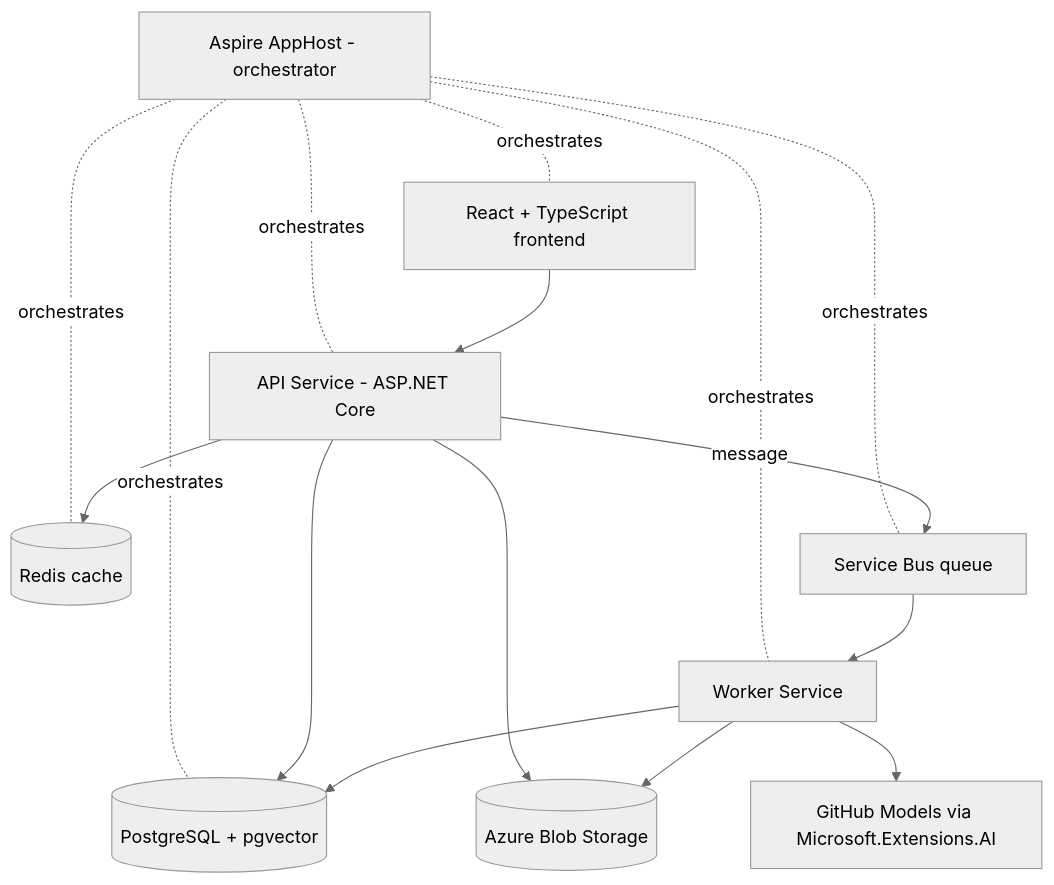
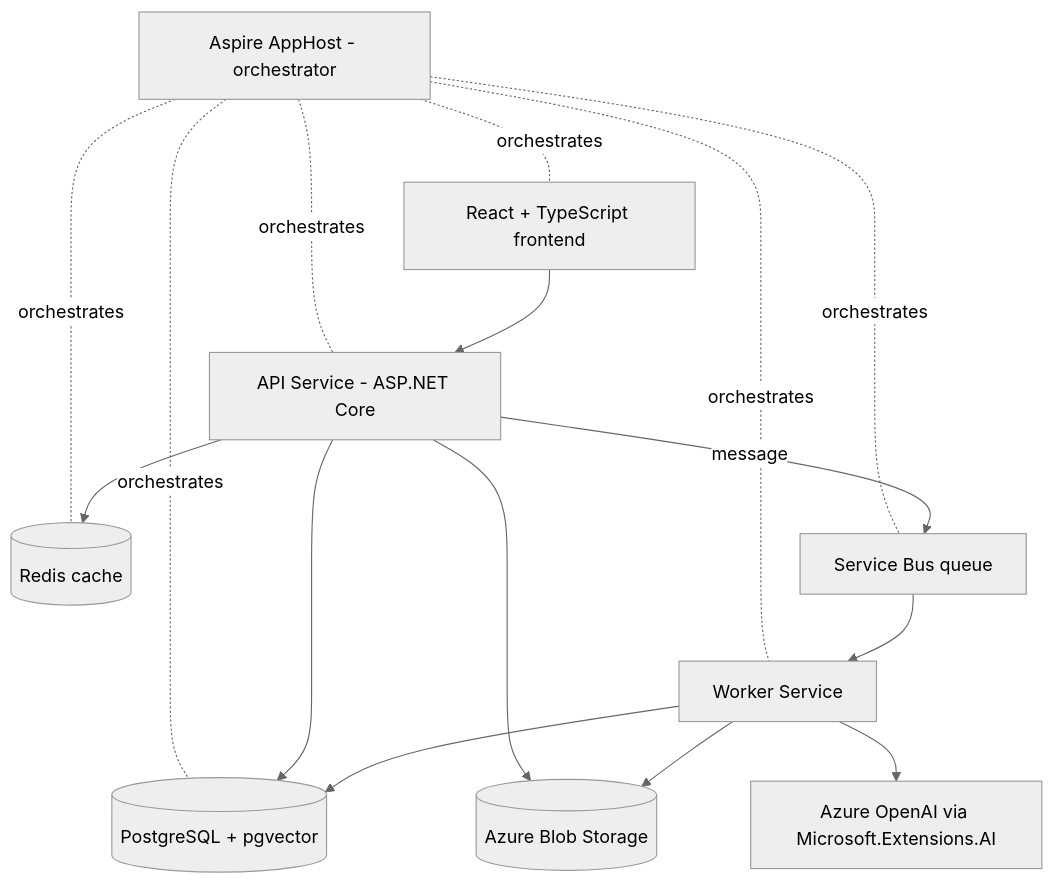
Before and after one commit to meszyyy/AI-DocMngmnt: the diagram in README.md, drawn with Mermaid (neutral theme). The commit also changed other lines of this file and 3 other files, not shown here.

````diff
--- a/README.md
+++ b/README.md
@@ -27,23 +29,23 @@
 ```mermaid
 flowchart TD
     AppHost[Aspire AppHost - orchestrator]
     Web[React + TypeScript frontend]
     API[API Service - ASP.NET Core]
     Worker[Worker Service]
     PG[(PostgreSQL + pgvector)]
     Redis[(Redis cache)]
     Blob[(Azure Blob Storage)]
     SB[Service Bus queue]
-    AI[GitHub Models via Microsoft.Extensions.AI]
+    AI[Azure OpenAI via Microsoft.Extensions.AI]
 
     AppHost -.orchestrates.- Web & API & Worker & PG & Redis & SB
     Web --> API
     API --> PG
     API --> Redis
     API --> Blob
     API -- message --> SB
     SB --> Worker
     Worker --> Blob
     Worker --> AI
     Worker --> PG
 ```
````
